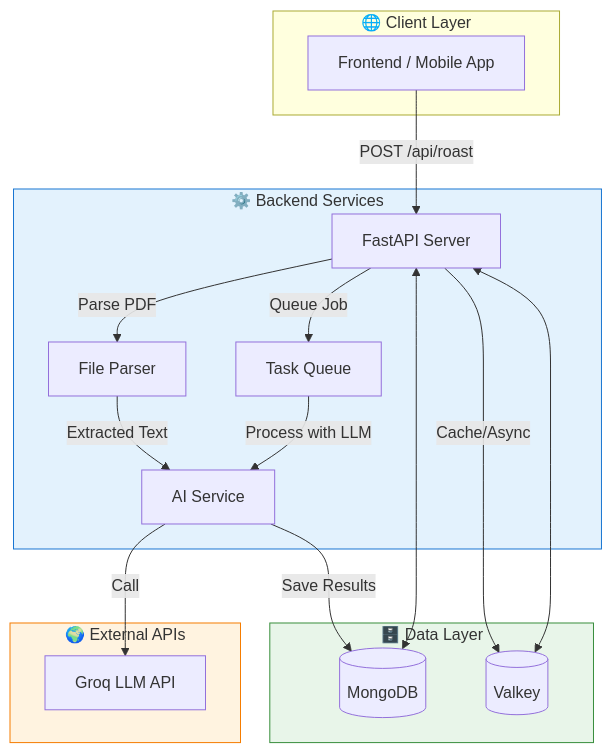
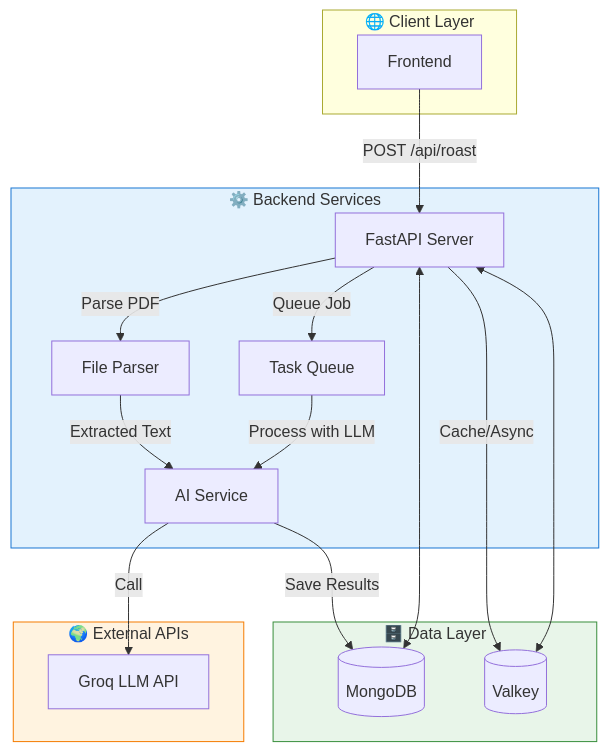
Before and after one commit to sunova200/resume-roast-complete-backend: the diagram in README.md, drawn with Mermaid.

Commit message:
Update frontend label in README.md

````diff
--- a/README.md
+++ b/README.md
@@ -46,37 +46,37 @@
 ```mermaid
 graph TD
     subgraph Client["🌐 Client Layer"]
-        A[Frontend / Mobile App]
+        A[Frontend ]
     end
 
     subgraph Backend["⚙️ Backend Services"]
         B[FastAPI Server]
         C[File Parser]
         D[AI Service]
         E[Task Queue]
     end
 
     subgraph Data["🗄️ Data Layer"]
         F[(MongoDB)]
         G[(Valkey)]
     end
 
     subgraph External["🌍 External APIs"]
         H[Groq LLM API]
     end
 
     A -->|POST /api/roast| B
     B -->|Parse PDF| C
     B -->|Queue Job| E
     C -->|Extracted Text| D
     E -->|Process with LLM| D
     D -->|Call| H
     D -->|Save Results| F
     B -->|Cache/Async| G
     F <--> B
     G <--> B
 
     style Backend fill:#e3f2fd,stroke:#1976d2
     style Data fill:#e8f5e9,stroke:#388e3c
     style External fill:#fff3e0,stroke:#f57c00
 ```
````
